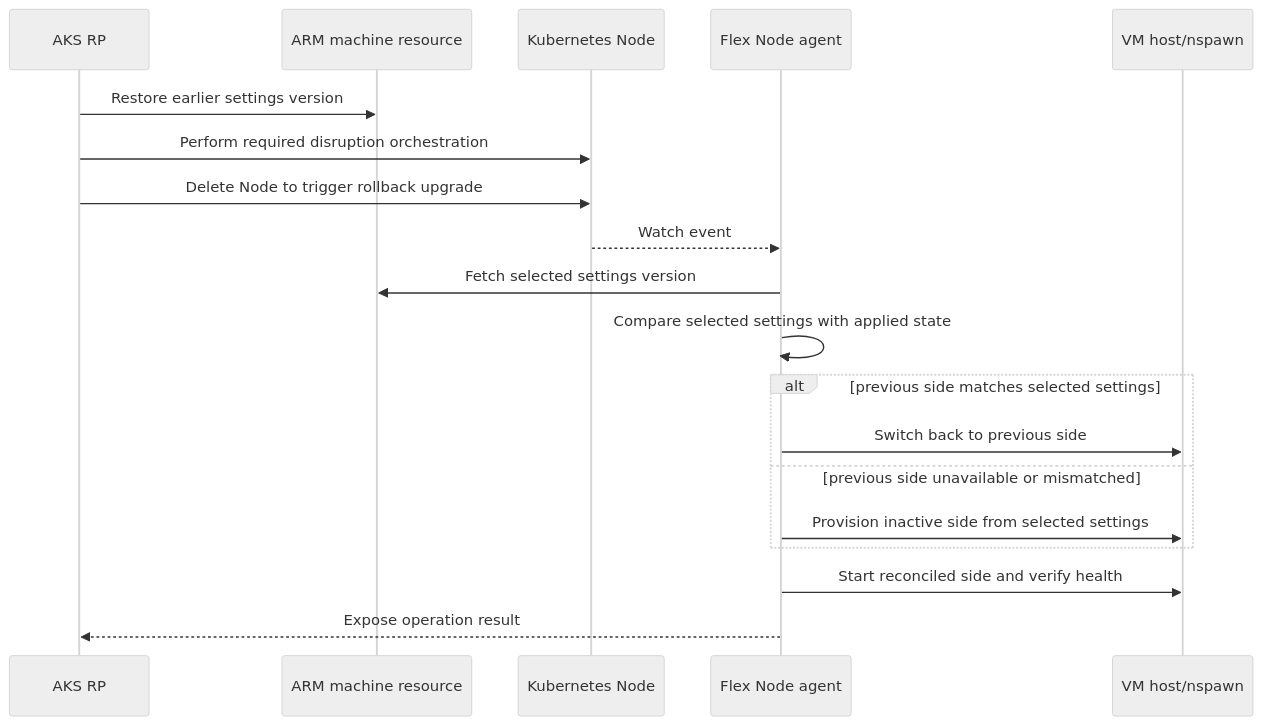
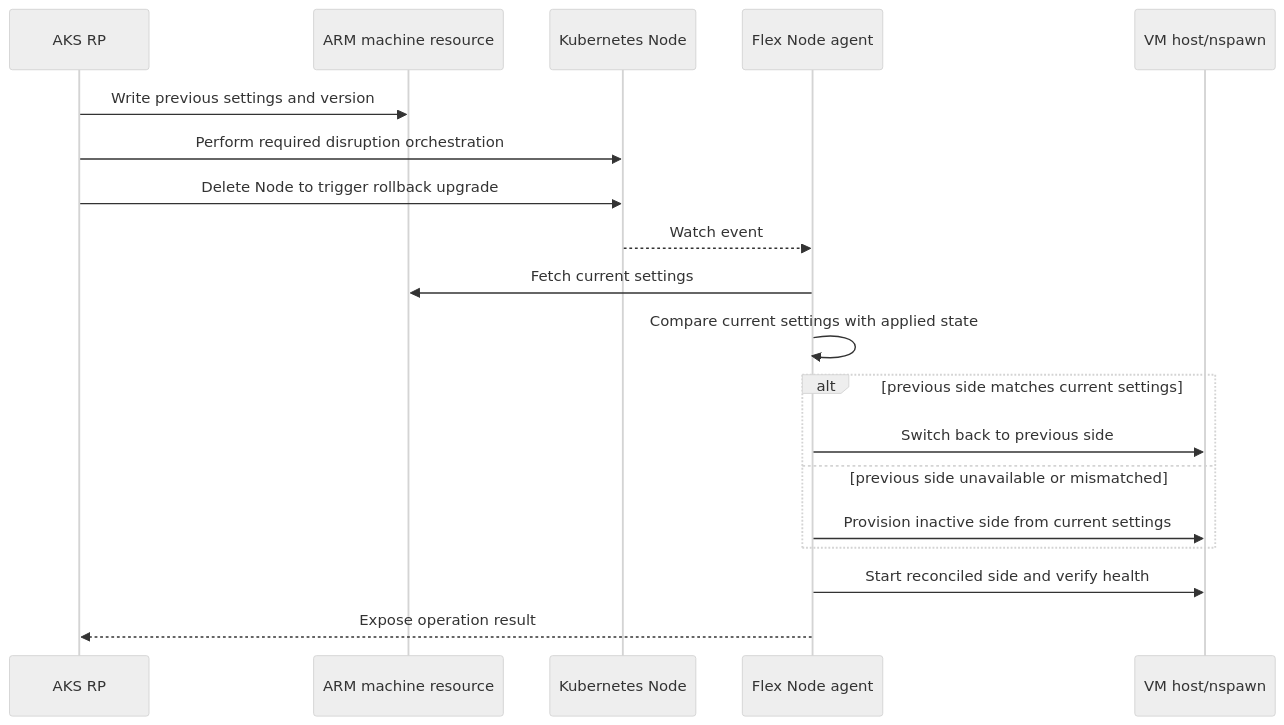
The fourth of 6 diagrams in docs/agent-and-aks.md (Azure/AKSFlexNode), drawn with Mermaid (neutral theme) before and after one commit. The commit also changed other lines of this file, not shown here.

Commit message:
docs: clarify rollback settings flow

````diff
--- a/docs/agent-and-aks.md
+++ b/docs/agent-and-aks.md
@@ -171,22 +171,22 @@
 ```mermaid
 sequenceDiagram
     participant RP as AKS RP
     participant ARM as ARM machine resource
     participant Node as Kubernetes Node
     participant Agent as Flex Node agent
     participant Host as VM host/nspawn
 
-    RP->>ARM: Restore earlier settings version
+    RP->>ARM: Write previous settings and version
     RP->>Node: Perform required disruption orchestration
     RP->>Node: Delete Node to trigger rollback upgrade
     Node-->>Agent: Watch event
-    Agent->>ARM: Fetch selected settings version
-    Agent->>Agent: Compare selected settings with applied state
-    alt previous side matches selected settings
+    Agent->>ARM: Fetch current settings
+    Agent->>Agent: Compare current settings with applied state
+    alt previous side matches current settings
         Agent->>Host: Switch back to previous side
     else previous side unavailable or mismatched
-        Agent->>Host: Provision inactive side from selected settings
+        Agent->>Host: Provision inactive side from current settings
     end
     Agent->>Host: Start reconciled side and verify health
     Agent-->>RP: Expose operation result
 ```
````
